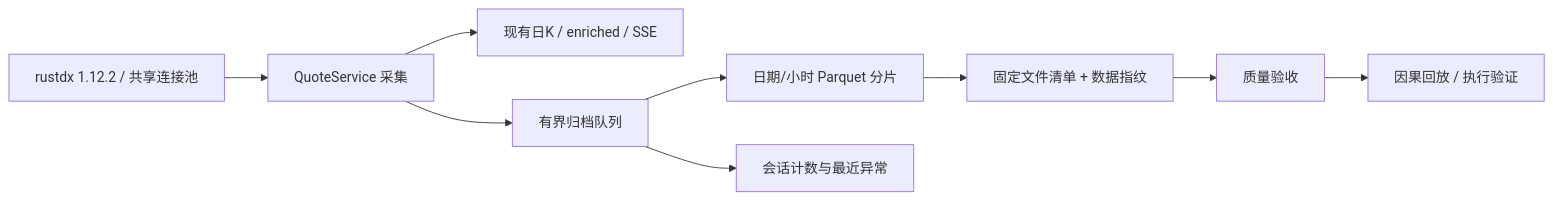
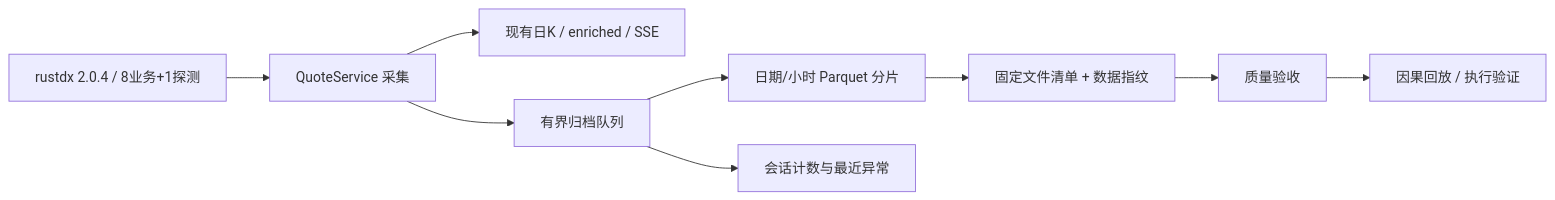
The diagram in docs/reference/market-data.md (jelven007/TSP), drawn with Mermaid before and after one commit. The commit also changed other lines of this file and 332 other files, not shown here.

````diff
--- a/docs/reference/market-data.md
+++ b/docs/reference/market-data.md
@@ -336,11 +351,11 @@
 ```mermaid
 flowchart LR
-  R["rustdx 1.12.2 / 共享连接池"] --> Q["QuoteService 采集"]
+  R["rustdx 2.0.4 / 8业务+1探测"] --> Q["QuoteService 采集"]
   Q --> D["现有日K / enriched / SSE"]
   Q --> B["有界归档队列"]
   B --> P["日期/小时 Parquet 分片"]
   B --> E["会话计数与最近异常"]
   P --> M["固定文件清单 + 数据指纹"]
   M --> V["质量验收"]
   V --> S["因果回放 / 执行验证"]
 ```
````
